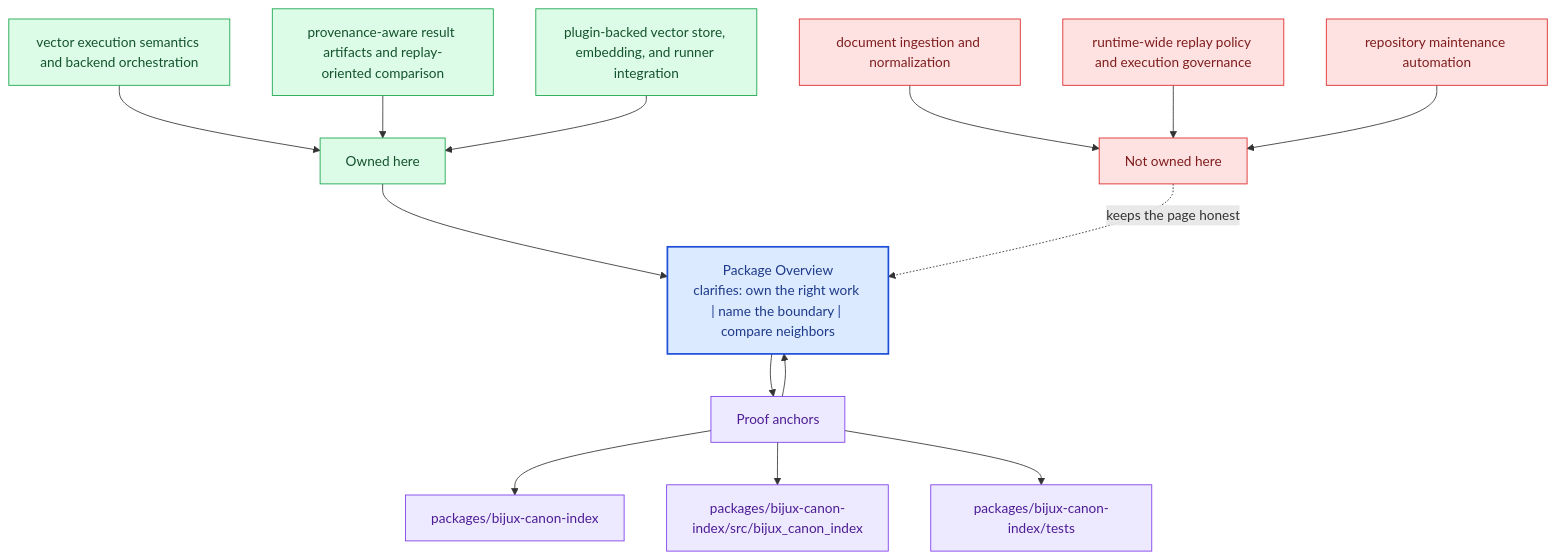
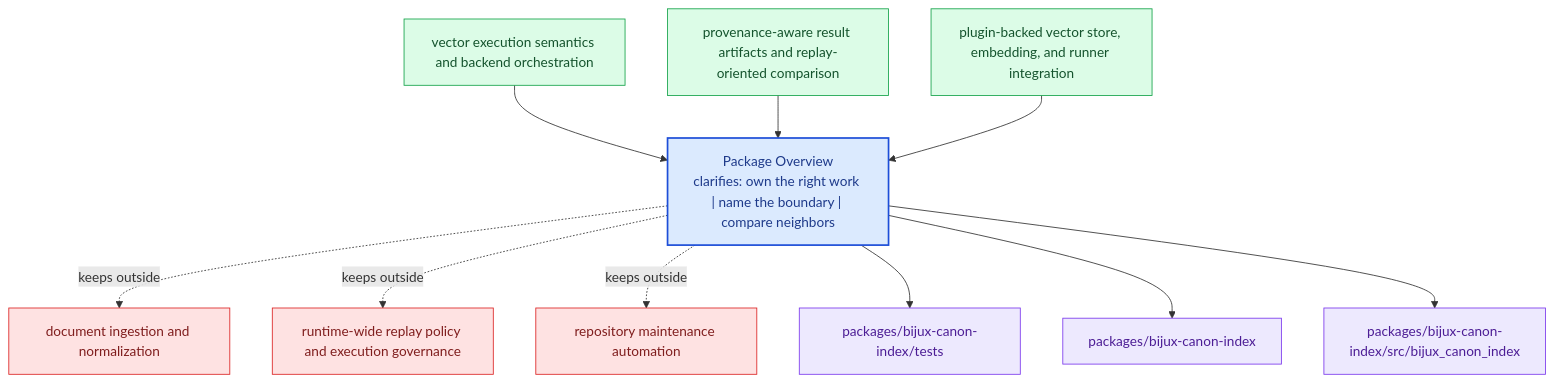
The diagram in docs/bijux-canon-index/foundation/package-overview.md (bijux/bijux-canon), drawn with Mermaid before and after one commit. The commit also changed other lines of this file and 281 other files, not shown here.

Commit message:
docs(diagrams): replace repeated mermaid scaffolds with page-specific summaries

````diff
--- a/docs/bijux-canon-index/foundation/package-overview.md
+++ b/docs/bijux-canon-index/foundation/package-overview.md
@@ -68,40 +23,31 @@
 ```mermaid
 flowchart TB
-    promise["Package Overview<br/>clarifies: own the right work | name the boundary | compare neighbors"]
-    classDef promise fill:#dbeafe,stroke:#1d4ed8,color:#1e3a8a,stroke-width:2px;
-    classDef driver fill:#dcfce7,stroke:#16a34a,color:#14532d;
-    classDef constraint fill:#fee2e2,stroke:#dc2626,color:#7f1d1d;
-    classDef ground fill:#ede9fe,stroke:#7c3aed,color:#4c1d95;
-    focus1["Owned here"]
-    focus1 --> promise
-    focus1_1["vector execution semantics and backend orchestration"]
-    focus1_1 --> focus1
-    focus1_2["provenance-aware result artifacts and replay-oriented comparison"]
-    focus1_2 --> focus1
-    focus1_3["plugin-backed vector store, embedding, and runner integration"]
-    focus1_3 --> focus1
-    class focus1 driver;
-    class focus1_1,focus1_2,focus1_3 driver;
-    focus2["Not owned here"]
-    focus2 -.keeps the page honest.-> promise
-    focus2_1["document ingestion and normalization"]
-    focus2_1 --> focus2
-    focus2_2["runtime-wide replay policy and execution governance"]
-    focus2_2 --> focus2
-    focus2_3["repository maintenance automation"]
-    focus2_3 --> focus2
-    class focus2 constraint;
-    class focus2_1,focus2_2,focus2_3 constraint;
-    focus3["Proof anchors"]
-    focus3 --> promise
-    promise --> focus3
-    focus3_1["packages/bijux-canon-index"]
-    focus3 --> focus3_1
-    focus3_2["packages/bijux-canon-index/src/bijux_canon_index"]
-    focus3 --> focus3_2
-    focus3_3["packages/bijux-canon-index/tests"]
-    focus3 --> focus3_3
-    class focus3 ground;
-    class focus3_1,focus3_2,focus3_3 ground;
-    class promise promise;
+    page["Package Overview<br/>clarifies: own the right work | name the boundary | compare neighbors"]
+    classDef page fill:#dbeafe,stroke:#1d4ed8,color:#1e3a8a,stroke-width:2px;
+    classDef positive fill:#dcfce7,stroke:#16a34a,color:#14532d;
+    classDef caution fill:#fee2e2,stroke:#dc2626,color:#7f1d1d;
+    classDef anchor fill:#ede9fe,stroke:#7c3aed,color:#4c1d95;
+    classDef action fill:#fef3c7,stroke:#d97706,color:#7c2d12;
+    own1["vector execution semantics and backend orchestration"]
+    own1 --> page
+    own2["provenance-aware result artifacts and replay-oriented comparison"]
+    own2 --> page
+    own3["plugin-backed vector store, embedding, and runner integration"]
+    own3 --> page
+    limit1["document ingestion and normalization"]
+    page -.keeps outside.-> limit1
+    limit2["runtime-wide replay policy and execution governance"]
+    page -.keeps outside.-> limit2
+    limit3["repository maintenance automation"]
+    page -.keeps outside.-> limit3
+    anchor1["packages/bijux-canon-index/tests"]
+    page --> anchor1
+    anchor2["packages/bijux-canon-index"]
+    page --> anchor2
+    anchor3["packages/bijux-canon-index/src/bijux_canon_index"]
+    page --> anchor3
+    class page page;
+    class own1,own2,own3 positive;
+    class limit1,limit2,limit3 caution;
+    class anchor1,anchor2,anchor3 anchor;
 ```
````
